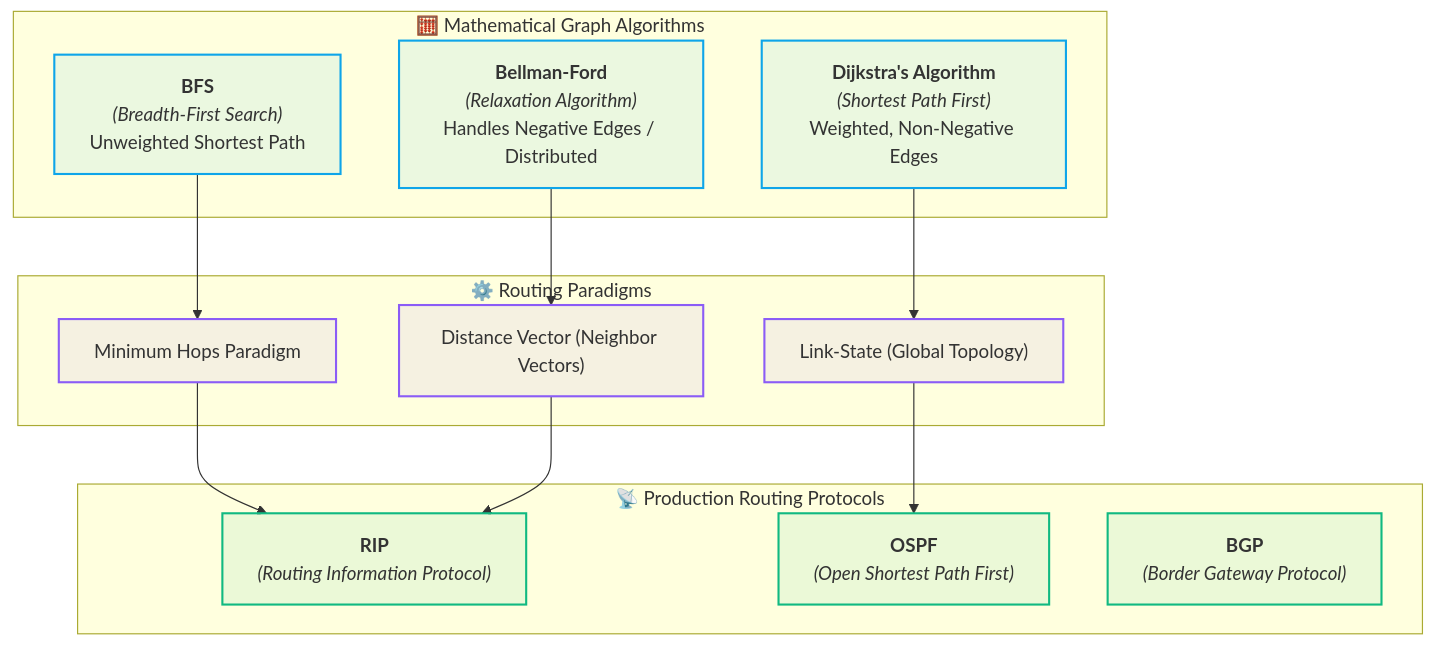
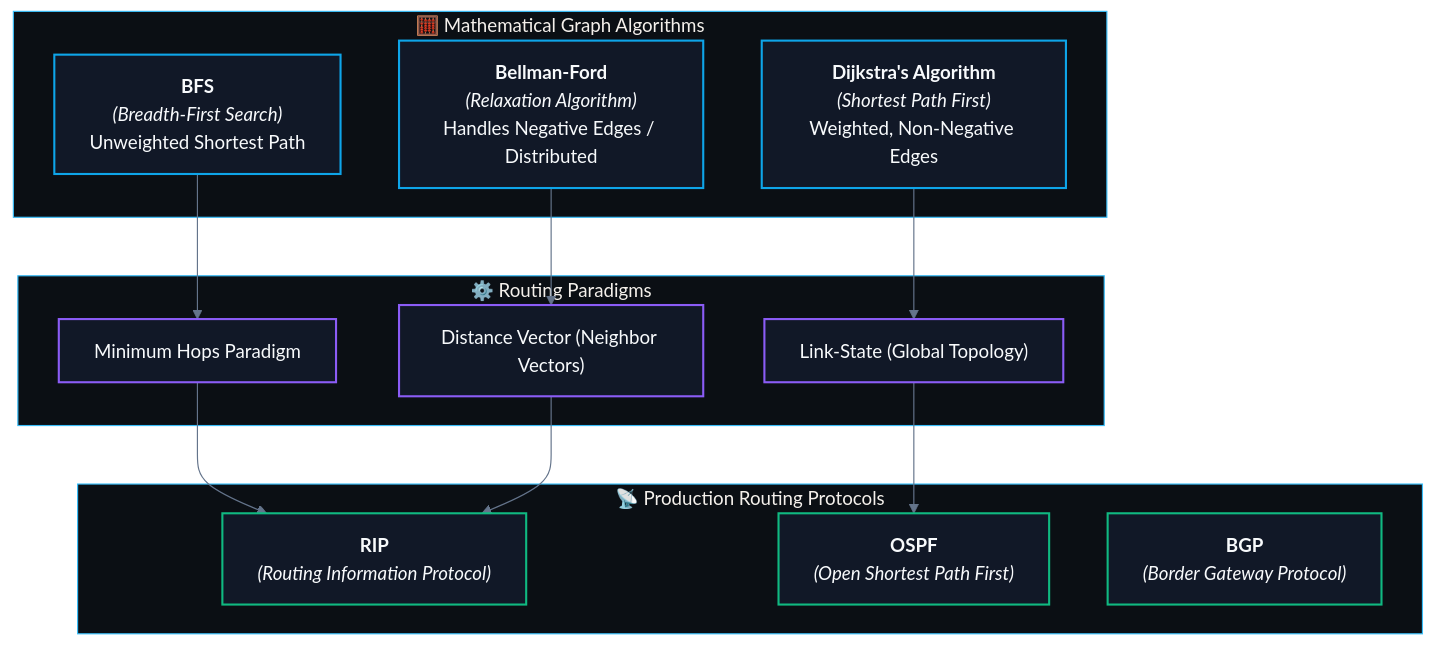
One commit to abhinavbharti2345/CS_Notes changed the diagram in CS/Computer Networking/04. Routing & Network Layer/01. Routing Fundamentals - Routing vs Forwarding and Graph Models.md. Above: the diagram before and after it, drawn with Mermaid. The commit also changed 195 other files, not shown here.

````diff
--- a/CS/Computer Networking/04. Routing & Network Layer/01. Routing Fundamentals - Routing vs Forwarding and Graph Models.md
+++ b/CS/Computer Networking/04. Routing & Network Layer/01. Routing Fundamentals - Routing vs Forwarding and Graph Models.md
@@ -151,32 +151,33 @@
 ```mermaid
+%%{init: {'theme': 'base', 'themeVariables': { 'darkMode': true, 'background': '#0B0F14', 'mainBkg': '#111827', 'primaryColor': '#111827', 'primaryTextColor': '#F8FAFC', 'primaryBorderColor': '#38BDF8', 'lineColor': '#64748B', 'secondaryColor': '#0B0F14', 'tertiaryColor': '#0B0F14', 'clusterBkg': '#0B0F14', 'clusterBorder': '#38BDF8' }}}%%
 flowchart TD
     subgraph Algorithms["🧮 Mathematical Graph Algorithms"]
         BFS["<b>BFS</b><br><i>(Breadth-First Search)</i><br>Unweighted Shortest Path"]
         Dijkstra["<b>Dijkstra's Algorithm</b><br><i>(Shortest Path First)</i><br>Weighted, Non-Negative Edges"]
         BF["<b>Bellman-Ford</b><br><i>(Relaxation Algorithm)</i><br>Handles Negative Edges / Distributed"]
     end
 
     subgraph Paradigms["⚙️ Routing Paradigms"]
         HopCount["Minimum Hops Paradigm"]
         LinkState["Link-State (Global Topology)"]
         DistanceVector["Distance Vector (Neighbor Vectors)"]
     end
 
     subgraph Protocols["📡 Production Routing Protocols"]
         RIP["<b>RIP</b><br><i>(Routing Information Protocol)</i>"]
         OSPF["<b>OSPF</b><br><i>(Open Shortest Path First)</i>"]
         BGP["<b>BGP</b><br><i>(Border Gateway Protocol)</i>"]
     end
 
     BFS --> HopCount --> RIP
     Dijkstra --> LinkState --> OSPF
     BF --> DistanceVector --> RIP
 
-    classDef alg fill:#0ea5e915,stroke:#0ea5e9,stroke-width:1.8px;
-    classDef par fill:#8b5cf615,stroke:#8b5cf6,stroke-width:1.8px;
-    classDef pro fill:#10b98115,stroke:#10b981,stroke-width:1.8px;
+    classDef alg fill:#111827,stroke:#0ea5e9,stroke-width:1.8px,color:#F8FAFC;
+    classDef par fill:#111827,stroke:#8b5cf6,stroke-width:1.8px,color:#F8FAFC;
+    classDef pro fill:#111827,stroke:#10b981,stroke-width:1.8px,color:#F8FAFC;
 
     class BFS,Dijkstra,BF alg;
     class HopCount,LinkState,DistanceVector par;
     class RIP,OSPF,BGP pro;
 ```
````
